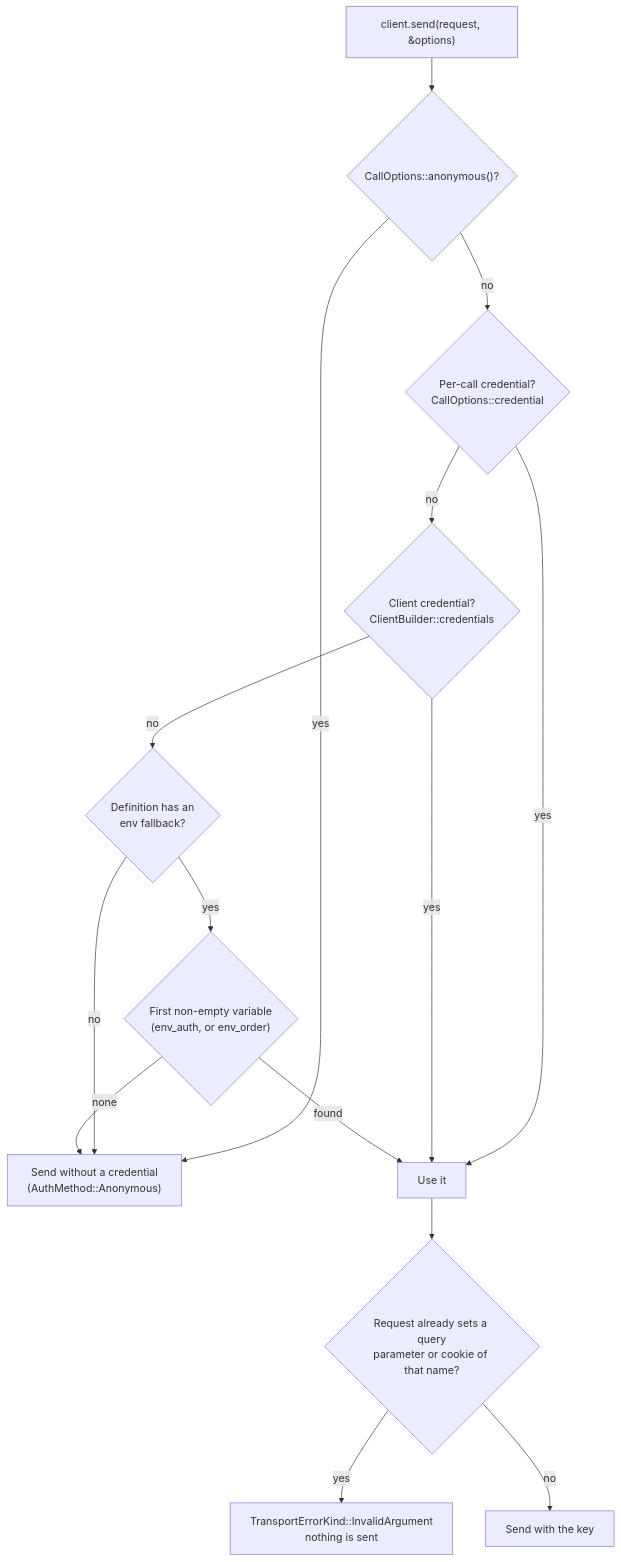
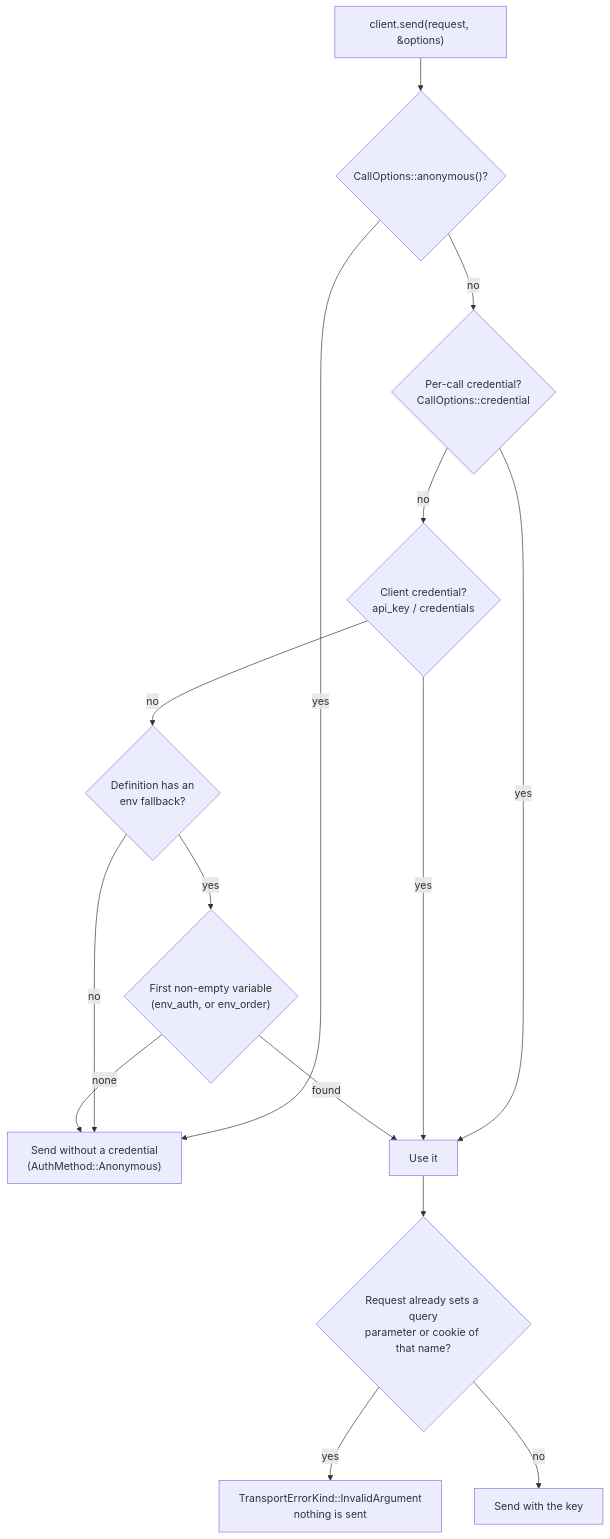
One commit to yankeeinlondon/rusty-biscuit changed the second of 2 diagrams in schematic/docs/generation/request-side.md. Above: the diagram before and after it, drawn with Mermaid. The commit also changed other lines of this file and 25 other files, not shown here.

````diff
--- a/schematic/docs/generation/request-side.md
+++ b/schematic/docs/generation/request-side.md
@@ -279,17 +279,17 @@
 ```mermaid
 flowchart TD
     A["client.send(request, &options)"] --> B{"CallOptions::anonymous()?"}
     B -->|yes| N["Send without a credential<br/>(AuthMethod::Anonymous)"]
     B -->|no| C{"Per-call credential?<br/>CallOptions::credential"}
     C -->|yes| U[Use it]
-    C -->|no| D{"Client credential?<br/>ClientBuilder::credentials"}
+    C -->|no| D{"Client credential?<br/>api_key / credentials"}
     D -->|yes| U
     D -->|no| E{"Definition has an<br/>env fallback?"}
     E -->|no| N
     E -->|yes| F{"First non-empty variable<br/>(env_auth, or env_order)"}
     F -->|found| U
     F -->|none| N
     U --> G{"Request already sets a query<br/>parameter or cookie of that name?"}
     G -->|yes| X["TransportErrorKind::InvalidArgument<br/>nothing is sent"]
     G -->|no| S[Send with the key]
 ```
````
